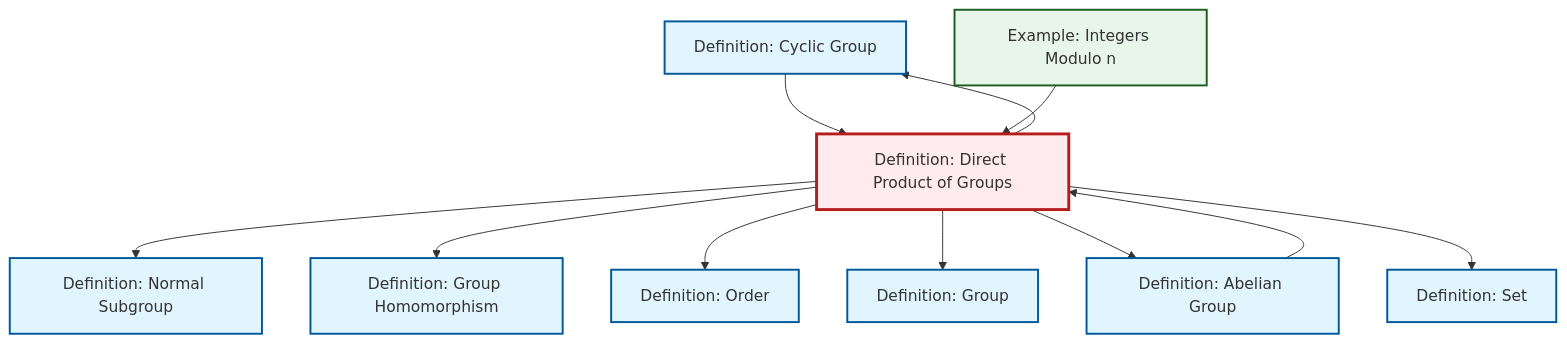
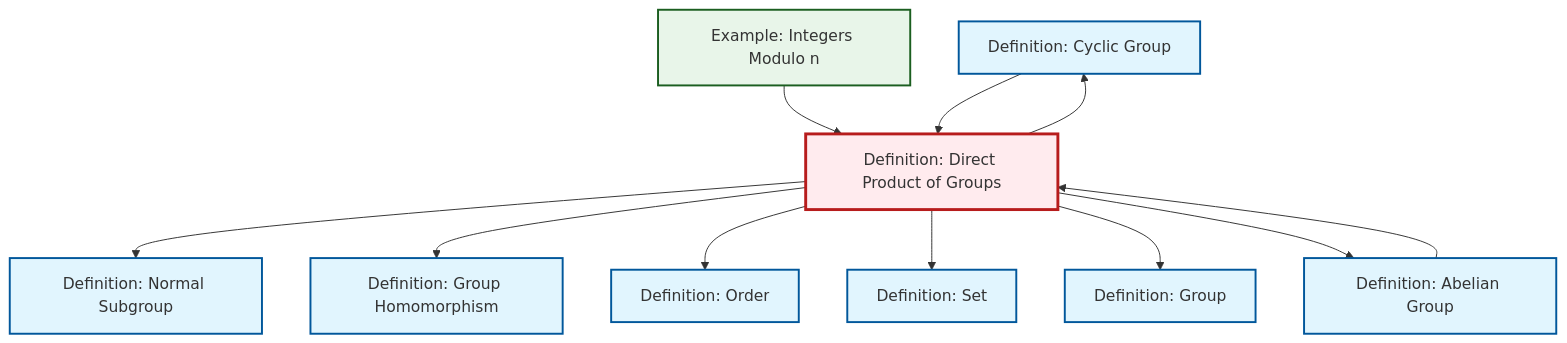
One commit to RK0429/ModernMath changed the diagram in content/en/algebra/def-direct-product.qmd. Above: the diagram before and after it, drawn with Mermaid. The commit also changed other lines of this file and 1069 other files, not shown here.

````diff
--- a/content/en/algebra/def-direct-product.qmd
+++ b/content/en/algebra/def-direct-product.qmd
@@ -107,37 +107,37 @@
 ```{mermaid}
 %%| fig-cap: "Local dependency graph"
 graph TD
     classDef definition fill:#e1f5fe,stroke:#01579b,stroke-width:2px
     classDef theorem fill:#f3e5f5,stroke:#4a148c,stroke-width:2px
     classDef axiom fill:#fff3e0,stroke:#e65100,stroke-width:2px
     classDef example fill:#e8f5e9,stroke:#1b5e20,stroke-width:2px
     classDef current fill:#ffebee,stroke:#b71c1c,stroke-width:3px
     def-set["Definition: Set"]:::definition
     def-cyclic-group["Definition: Cyclic Group"]:::definition
-    def-group["Definition: Group"]:::definition
+    def-normal-subgroup["Definition: Normal Subgroup"]:::definition
     def-order["Definition: Order"]:::definition
     def-direct-product["Definition: Direct Product of Groups"]:::definition
-    def-homomorphism["Definition: Group Homomorphism"]:::definition
-    def-normal-subgroup["Definition: Normal Subgroup"]:::definition
     def-abelian-group["Definition: Abelian Group"]:::definition
     ex-quotient-integers-mod-n["Example: Integers Modulo n"]:::example
+    def-homomorphism["Definition: Group Homomorphism"]:::definition
+    def-group["Definition: Group"]:::definition
     def-direct-product --> def-normal-subgroup
-    def-direct-product --> def-cyclic-group
     def-direct-product --> def-homomorphism
     def-direct-product --> def-order
+    def-direct-product --> def-cyclic-group
+    def-direct-product --> def-set
+    ex-quotient-integers-mod-n --> def-direct-product
+    def-direct-product --> def-group
     def-cyclic-group --> def-direct-product
-    def-direct-product --> def-group
-    ex-quotient-integers-mod-n --> def-direct-product
     def-abelian-group --> def-direct-product
     def-direct-product --> def-abelian-group
-    def-direct-product --> def-set
     class def-direct-product current
     click def-set "def-set.html" "Go to Set definition"
     click def-cyclic-group "def-cyclic-group.html" "Go to Cyclic Group definition"
-    click def-group "def-group.html" "Go to Group definition"
+    click def-normal-subgroup "def-normal-subgroup.html" "Go to Normal Subgroup definition"
     click def-order "def-order.html" "Go to Order definition"
-    click def-homomorphism "def-homomorphism.html" "Go to Group Homomorphism definition"
-    click def-normal-subgroup "def-normal-subgroup.html" "Go to Normal Subgroup definition"
     click def-abelian-group "def-abelian-group.html" "Go to Abelian Group definition"
     click ex-quotient-integers-mod-n "ex-quotient-integers-mod-n.html" "Go to Integers Modulo n example"
+    click def-homomorphism "def-homomorphism.html" "Go to Group Homomorphism definition"
+    click def-group "def-group.html" "Go to Group definition"
 ```
````
